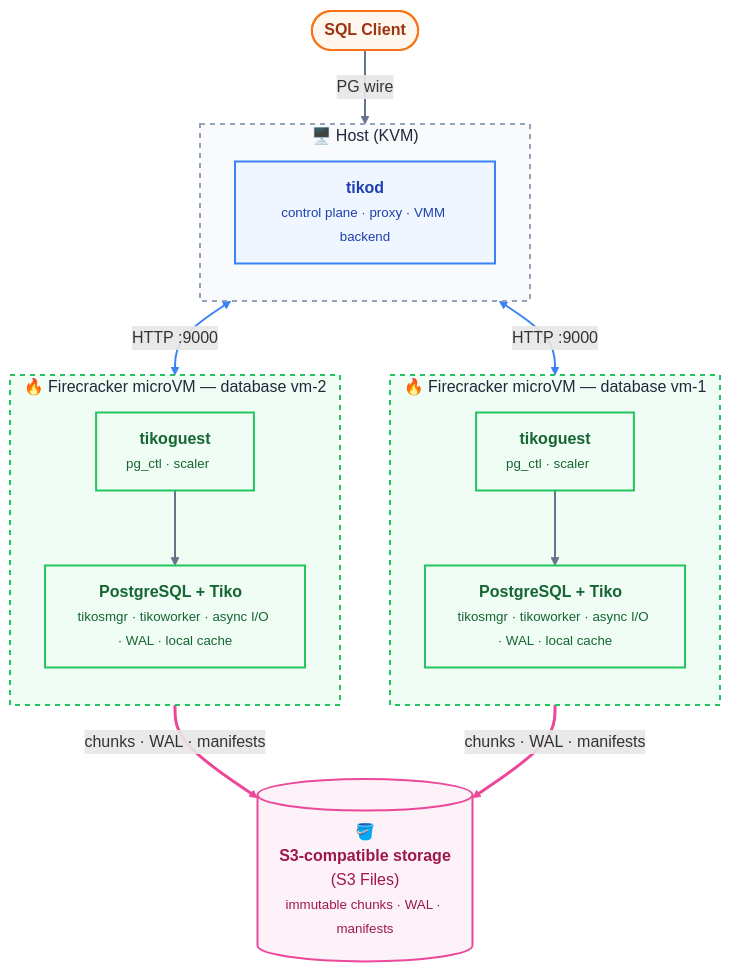
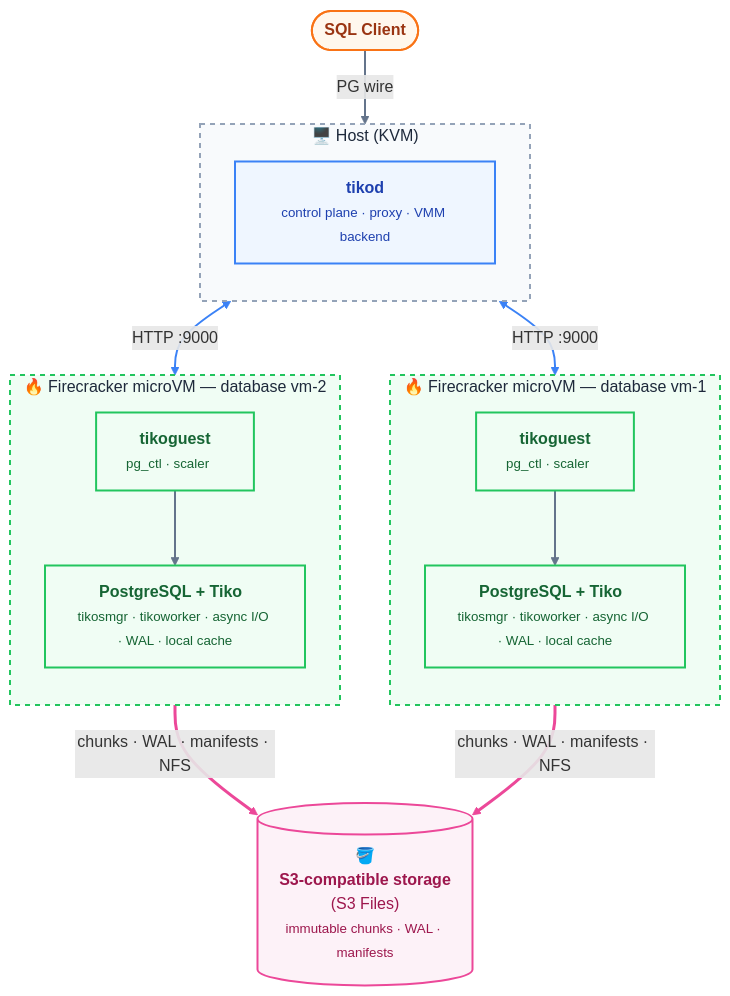
One commit to burmecia/tiko changed the diagram in README.md. Above: the diagram before and after it, drawn with Mermaid.

Commit message:
update README to include NFS in flowchart for data management

````diff
--- a/README.md
+++ b/README.md
@@ -43,54 +43,54 @@
 ```mermaid
 %%{init: {"themeVariables": {"titleColor": "#1e293b", "clusterBkg": "#f8fafc", "clusterBorder": "#94a3b8"}}}%%
 flowchart TB
   Client(["<b>SQL Client</b>"])
 
   subgraph Host ["🖥️ Host (KVM)"]
     direction TB
     Tikod["<b>tikod</b><br/><small>control plane · proxy · VMM backend</small>"]
   end
 
   subgraph VM1 ["🔥 Firecracker microVM — database vm-1"]
     direction TB
     Guest1["<b>tikoguest</b><br/><small>pg_ctl · scaler&nbsp;&nbsp;&nbsp;&nbsp;</small>"]
     PG1["<b>PostgreSQL + Tiko&nbsp;&nbsp;</b><br/><small>tikosmgr · tikoworker · async I/O · WAL · local cache</small>"]
     Guest1 --> PG1
   end
 
   subgraph VM2 ["🔥 Firecracker microVM — database vm-2"]
     direction TB
     Guest2["<b>tikoguest</b><br/><small>pg_ctl · scaler&nbsp;&nbsp;&nbsp;&nbsp;</small>"]
     PG2["<b>PostgreSQL + Tiko&nbsp;&nbsp;</b><br/><small>tikosmgr · tikoworker · async I/O · WAL · local cache</small>"]
     Guest2 --> PG2
   end
 
   S3[("🪣<br/><b>S3-compatible storage</b><br/>(S3 Files)<br/><small>immutable chunks · WAL · manifests</small>")]
 
   Client -->|PG wire| Tikod
   Tikod <-->|HTTP :9000| Guest1
   Tikod <-->|HTTP :9000| Guest2
-  PG1 ==>|chunks · WAL · manifests| S3
-  PG2 ==>|chunks · WAL · manifests| S3
+  PG1 ==>|chunks · WAL · manifests · NFS| S3
+  PG2 ==>|chunks · WAL · manifests · NFS| S3
 
   classDef client fill:#fff7ed,stroke:#f97316,stroke-width:2px,color:#9a3412
   classDef control fill:#eff6ff,stroke:#3b82f6,stroke-width:2px,color:#1e40af
   classDef vm fill:#f0fdf4,stroke:#22c55e,stroke-width:2px,color:#166534
   classDef storage fill:#fdf2f8,stroke:#ec4899,stroke-width:2px,color:#9d174d
 
   class Client client
   class Tikod control
   class Guest1,PG1,Guest2,PG2 vm
   class S3 storage
 
   style Host fill:#f8fafc,stroke:#94a3b8,stroke-width:2px,stroke-dasharray:5 5
   style VM1 fill:#f0fdf4,stroke:#22c55e,stroke-width:2px,stroke-dasharray:5 5
   style VM2 fill:#f0fdf4,stroke:#22c55e,stroke-width:2px,stroke-dasharray:5 5
   style S3 fill:#fdf2f8,stroke:#ec4899,stroke-width:2px
   linkStyle 0 stroke:#64748b,stroke-width:2px
   linkStyle 1 stroke:#64748b,stroke-width:2px
   linkStyle 2 stroke:#64748b,stroke-width:2px
   linkStyle 3 stroke:#3b82f6,stroke-width:2px
   linkStyle 4 stroke:#3b82f6,stroke-width:2px
   linkStyle 5 stroke:#ec4899,stroke-width:3px
   linkStyle 6 stroke:#ec4899,stroke-width:3px
 ```
````
